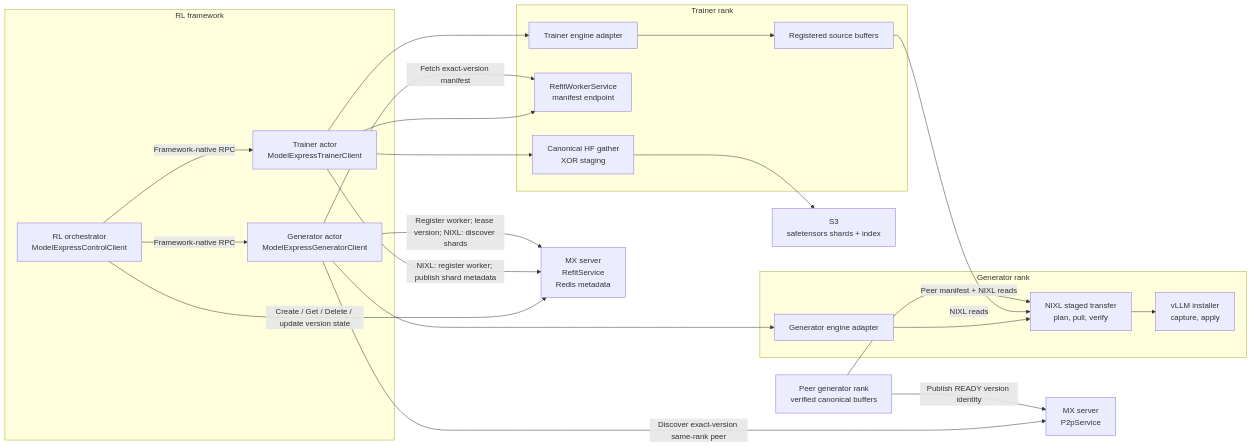
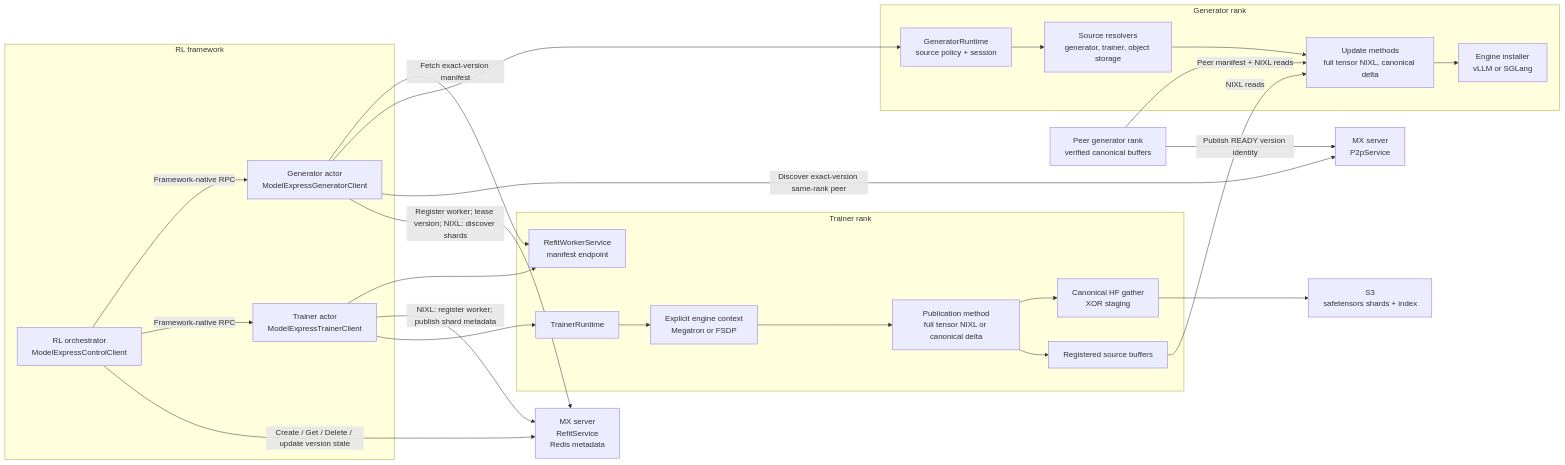
The second of 3 diagrams in docs/ARCHITECTURE.md (ai-dynamo/modelexpress), drawn with Mermaid before and after one commit. The commit also changed other lines of this file and 54 other files, not shown here.

````diff
--- a/docs/ARCHITECTURE.md
+++ b/docs/ARCHITECTURE.md
@@ -420,43 +420,47 @@
 ```mermaid
 flowchart LR
     subgraph Framework["RL framework"]
         O["RL orchestrator<br/>ModelExpressControlClient"]
         T["Trainer actor<br/>ModelExpressTrainerClient"]
         G["Generator actor<br/>ModelExpressGeneratorClient"]
     end
 
     S["MX server<br/>RefitService<br/>Redis metadata"]
     P["MX server<br/>P2pService"]
 
     subgraph Trainer["Trainer rank"]
-        TA["Trainer engine adapter"]
+        TR["TrainerRuntime"]
+        TA["Explicit engine context<br/>Megatron or FSDP"]
+        PM["Publication method<br/>full tensor NIXL or canonical delta"]
         B["Registered source buffers"]
         M["RefitWorkerService<br/>manifest endpoint"]
         C["Canonical HF gather<br/>XOR staging"]
     end
 
     D["S3<br/>safetensors shards + index"]
 
     subgraph Generator["Generator rank"]
-        GA["Generator engine adapter"]
-        X["NIXL staged transfer<br/>plan, pull, verify"]
-        I["vLLM installer<br/>capture, apply"]
+        GR["GeneratorRuntime<br/>source policy + session"]
+        SR["Source resolvers<br/>generator, trainer, object storage"]
+        UM["Update methods<br/>full tensor NIXL, canonical delta"]
+        I["Engine installer<br/>vLLM or SGLang"]
     end
 
     PG["Peer generator rank<br/>verified canonical buffers"]
 
     O -->|"Create / Get / Delete / update version state"| S
     O -->|"Framework-native RPC"| T
     O -->|"Framework-native RPC"| G
-    T --> TA --> B
-    T --> C --> D
+    T --> TR --> TA --> PM
+    PM --> B
+    PM --> C --> D
     T -->|"NIXL: register worker; publish shard metadata"| S
     T --> M
     G -->|"Register worker; lease version; NIXL: discover shards"| S
     G -->|"Discover exact-version same-rank peer"| P
-    G --> GA --> X --> I
+    G --> GR --> SR --> UM --> I
     G -->|"Fetch exact-version manifest"| M
-    B -->|"NIXL reads"| X
+    B -->|"NIXL reads"| UM
     PG -->|"Publish READY version identity"| P
-    PG -->|"Peer manifest + NIXL reads"| X
+    PG -->|"Peer manifest + NIXL reads"| UM
 ```
````
